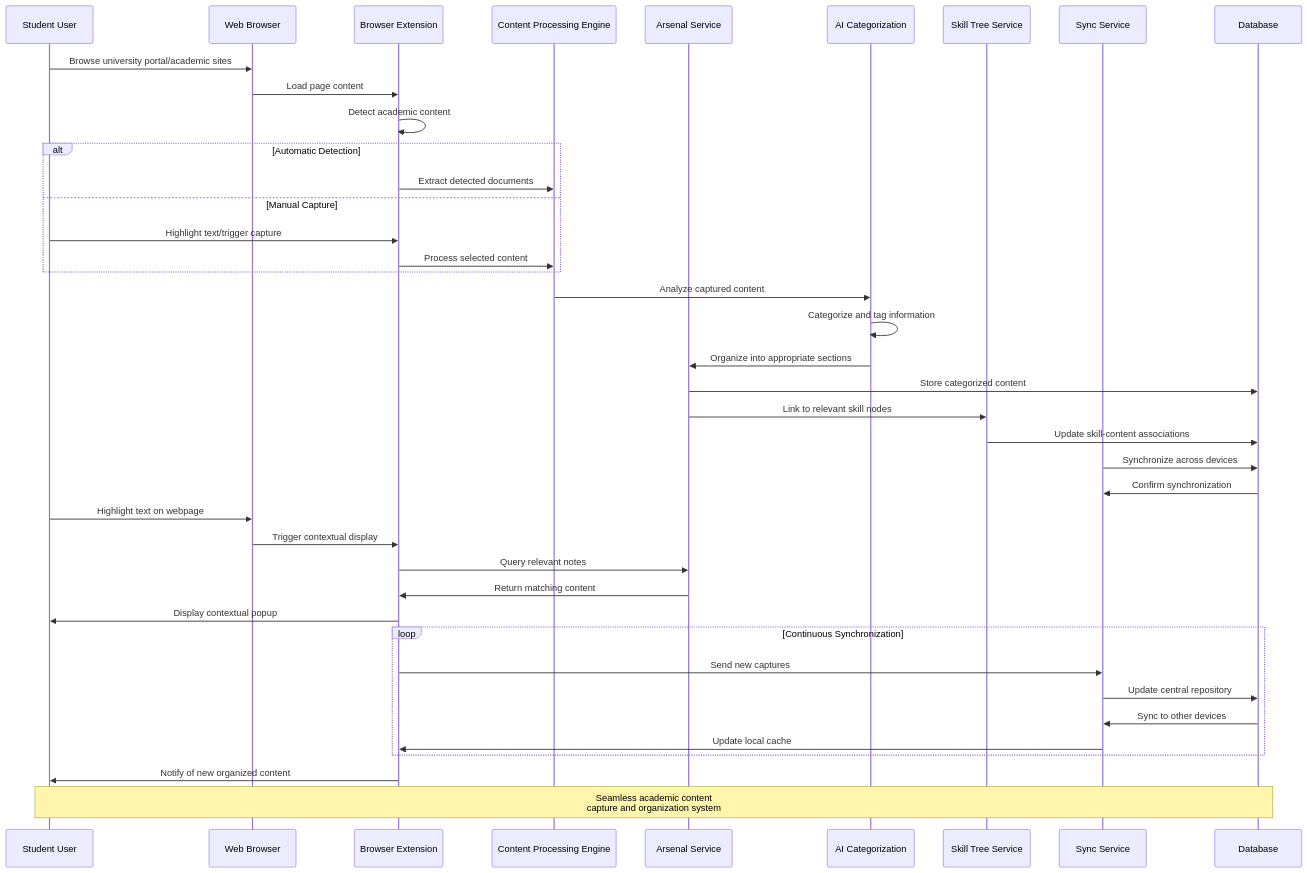
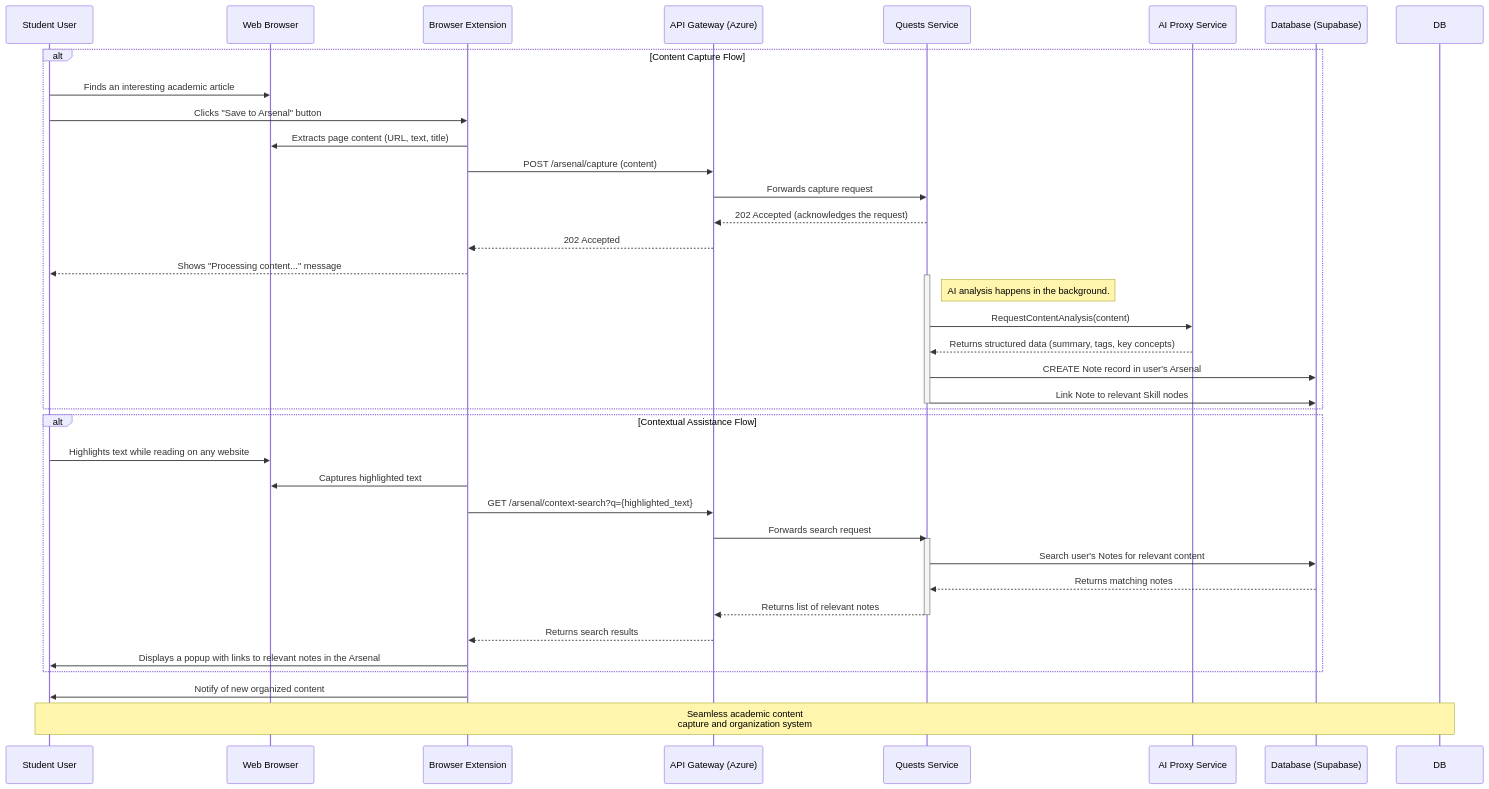
Before and after one commit to FA25SE050-RogueLearn/RogueLearn.BMAD.Documentation: the diagram in mermaid-diagrams/sequence/06-browser-extension-integration.md, drawn with Mermaid. The commit also changed 9 other files, not shown here.

Commit message:
update: all sequence diagrams to suit new database schema

````diff
--- a/mermaid-diagrams/sequence/06-browser-extension-integration.md
+++ b/mermaid-diagrams/sequence/06-browser-extension-integration.md
@@ -3,51 +3,52 @@
 ```mermaid
 sequenceDiagram
     participant U as Student User
     participant Browser as Web Browser
     participant Extension as Browser Extension
-    participant Content as Content Processing Engine
-    participant Arsenal as Arsenal Service
-    participant AI as AI Categorization
-    participant STree as Skill Tree Service
-    participant Sync as Sync Service
-    participant DB as Database
+    participant APIGateway as API Gateway (Azure)
+    participant QuestsService as Quests Service
+    participant AIProxyService as AI Proxy Service
+    participant Database as Database (Supabase)
 
-    U->>Browser: Browse university portal/academic sites
-    Browser->>Extension: Load page content
-    Extension->>Extension: Detect academic content
-    
-    alt Automatic Detection
-        Extension->>Content: Extract detected documents
-    else Manual Capture
-        U->>Extension: Highlight text/trigger capture
-        Extension->>Content: Process selected content
+    alt Content Capture Flow
+        U->>Browser: Finds an interesting academic article
+        U->>Extension: Clicks "Save to Arsenal" button
+        Extension->>Browser: Extracts page content (URL, text, title)
+        Extension->>APIGateway: POST /arsenal/capture (content)
+        APIGateway->>QuestsService: Forwards capture request
+        
+        %% Asynchronous processing starts here %%
+        QuestsService-->>APIGateway: 202 Accepted (acknowledges the request)
+        APIGateway-->>Extension: 202 Accepted
+        Extension-->>U: Shows "Processing content..." message
+        
+        activate QuestsService
+        Note right of QuestsService: AI analysis happens in the background.
+        QuestsService->>AIProxyService: RequestContentAnalysis(content)
+        AIProxyService-->>QuestsService: Returns structured data (summary, tags, key concepts)
+        
+        QuestsService->>Database: CREATE Note record in user's Arsenal
+        QuestsService->>Database: Link Note to relevant Skill nodes
+        deactivate QuestsService
     end
-    
-    Content->>AI: Analyze captured content
-    AI->>AI: Categorize and tag information
-    AI->>Arsenal: Organize into appropriate sections
-    
-    Arsenal->>DB: Store categorized content
-    Arsenal->>STree: Link to relevant skill nodes
-    STree->>DB: Update skill-content associations
-    
-    Sync->>DB: Synchronize across devices
-    DB->>Sync: Confirm synchronization
-    
-    U->>Browser: Highlight text on webpage
-    Browser->>Extension: Trigger contextual display
-    Extension->>Arsenal: Query relevant notes
-    Arsenal->>Extension: Return matching content
-    Extension->>U: Display contextual popup
-    
-    loop Continuous Synchronization
-        Extension->>Sync: Send new captures
-        Sync->>DB: Update central repository
-        DB->>Sync: Sync to other devices
-        Sync->>Extension: Update local cache
+
+    alt Contextual Assistance Flow
+        U->>Browser: Highlights text while reading on any website
+        Extension->>Browser: Captures highlighted text
+        Extension->>APIGateway: GET /arsenal/context-search?q={highlighted_text}
+        APIGateway->>QuestsService: Forwards search request
+        
+        activate QuestsService
+        QuestsService->>Database: Search user's Notes for relevant content
+        Database-->>QuestsService: Returns matching notes
+        QuestsService-->>APIGateway: Returns list of relevant notes
+        deactivate QuestsService
+        
+        APIGateway-->>Extension: Returns search results
+        Extension->>U: Displays a popup with links to relevant notes in the Arsenal
     end
     
     Extension->>U: Notify of new organized content
     
     Note over U,DB: Seamless academic content<br/>capture and organization system
 ```
````
